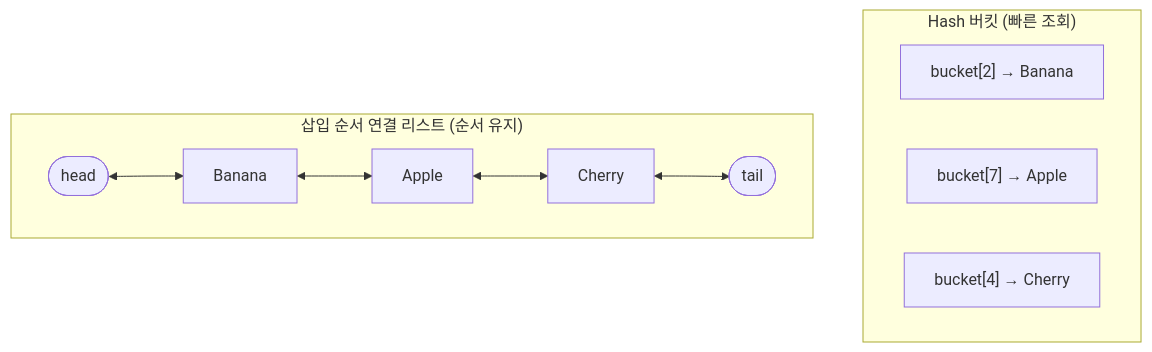
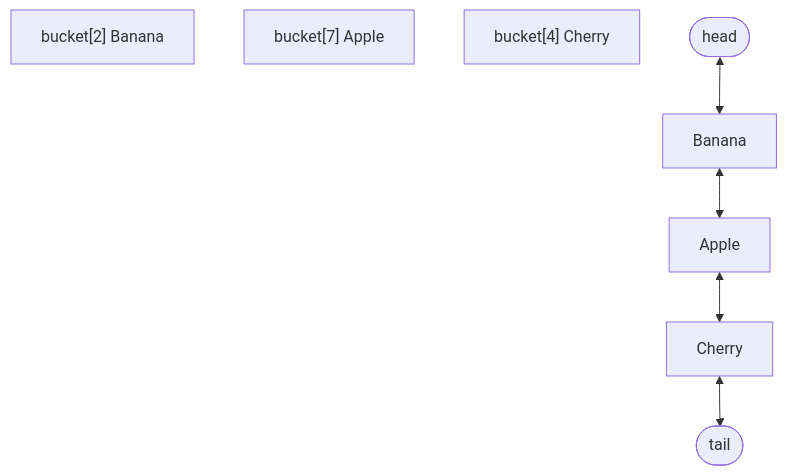
The eighth of 21 diagrams in _posts/java/2026-05-01-java-collections.md (yjkim2015/yjkim2015.github.io), drawn with Mermaid before and after one commit. The commit also changed other lines of this file and 155 other files, not shown here.

First line of the commit message:
Mermaid 전면 수정: subgraph 제거, participant/노드/줄수 축소 (342블록)

````diff
--- a/_posts/java/2026-05-01-java-collections.md
+++ b/_posts/java/2026-05-01-java-collections.md
@@ -332,11 +332,7 @@
 ```mermaid
 graph TD
-    subgraph "Hash 버킷 (빠른 조회)"
-        B2["bucket[2] → Banana"]
-        B7["bucket[7] → Apple"]
-        B4["bucket[4] → Cherry"]
-    end
-    subgraph "삽입 순서 연결 리스트 (순서 유지)"
-        H(["head"]) <--> BN["Banana"] <--> AP["Apple"] <--> CH["Cherry"] <--> T(["tail"])
-    end
+    B2["bucket[2] Banana"]
+    B7["bucket[7] Apple"]
+    B4["bucket[4] Cherry"]
+    H(["head"]) <--> BN["Banana"] <--> AP["Apple"] <--> CH["Cherry"] <--> T(["tail"])
 ```
````
